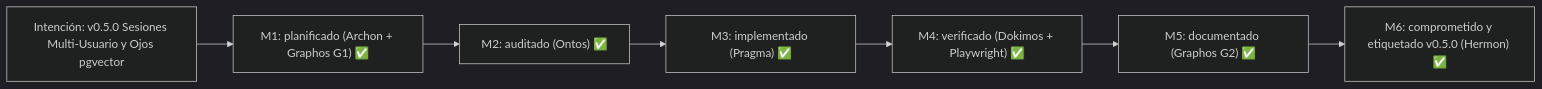
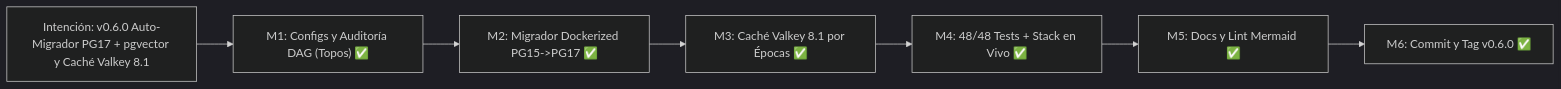
The first of 4 diagrams in README.es-ES.md (ancrz/penpot-mcp-server), drawn with Mermaid (dark theme) before and after one commit. The commit also changed other lines of this file and 19 other files, not shown here.

Commit message:
feat(infra,cache): add dockerized PG17+pgvector auto-migrator and Valkey 8.1 epoch cache (v0.6.0)

````diff
--- a/README.es-ES.md
+++ b/README.es-ES.md
@@ -38,9 +39,9 @@
 ```mermaid
 flowchart LR
-    I["Intención: v0.5.0 Sesiones Multi-Usuario y Ojos pgvector"] --> M1["M1: planificado (Archon + Graphos G1) ✅"]
-    M1 --> M2["M2: auditado (Ontos) ✅"]
-    M2 --> M3["M3: implementado (Pragma) ✅"]
-    M3 --> M4["M4: verificado (Dokimos + Playwright) ✅"]
-    M4 --> M5["M5: documentado (Graphos G2) ✅"]
-    M5 --> M6["M6: comprometido y etiquetado v0.5.0 (Hermon) ✅"]
+    I["Intención: v0.6.0 Auto-Migrador PG17 + pgvector y Caché Valkey 8.1"] --> M1["M1: Configs y Auditoría DAG (Topos) ✅"]
+    M1 --> M2["M2: Migrador Dockerized PG15->PG17 ✅"]
+    M2 --> M3["M3: Caché Valkey 8.1 por Épocas ✅"]
+    M3 --> M4["M4: 48/48 Tests + Stack en Vivo ✅"]
+    M4 --> M5["M5: Docs y Lint Mermaid ✅"]
+    M5 --> M6["M6: Commit y Tag v0.6.0 ✅"]
 ```
````
